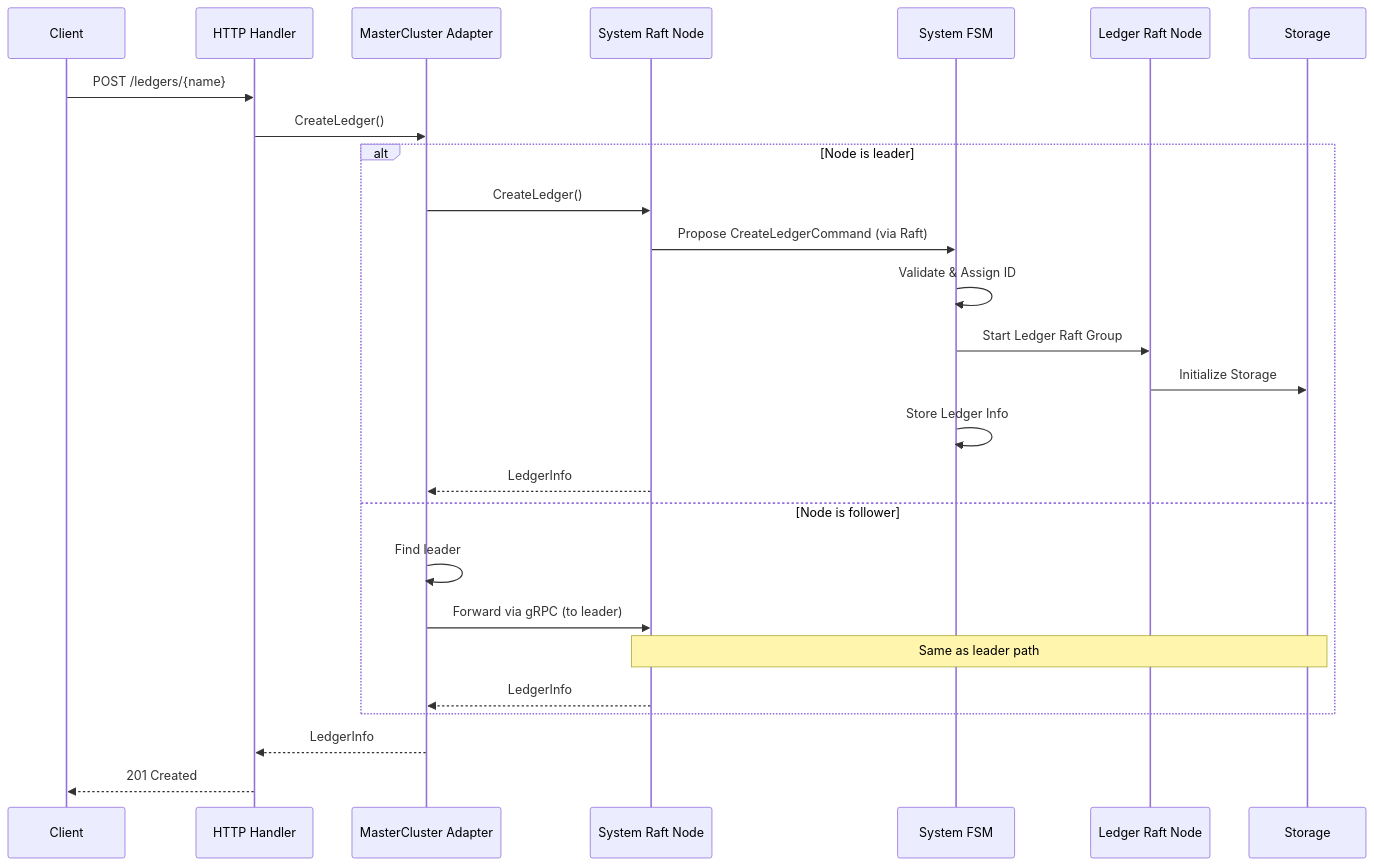
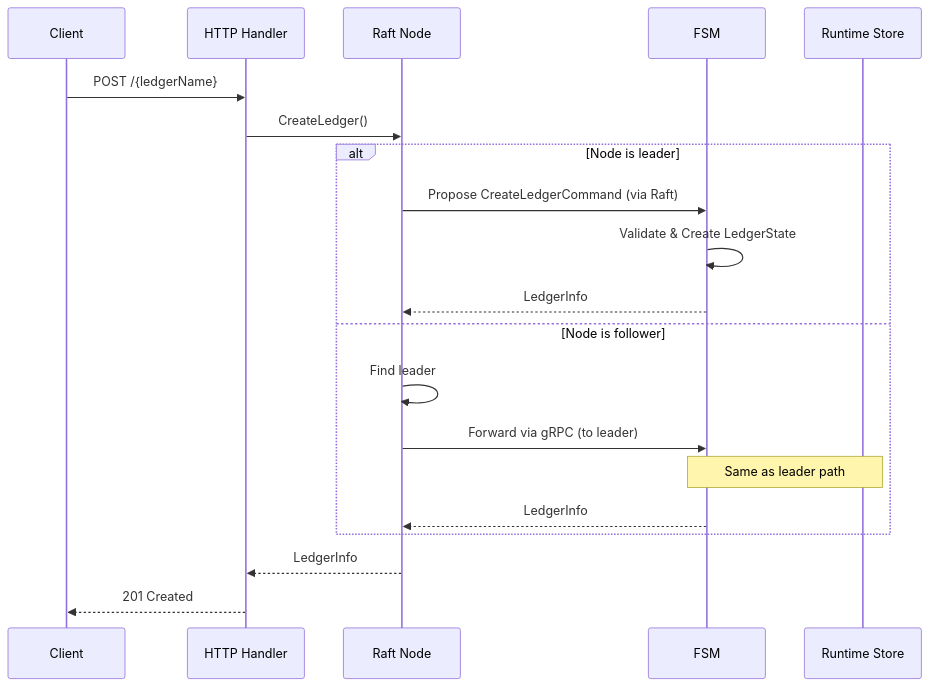
The fourth of 6 diagrams in docs/architecture.md (formancehq/ledger), drawn with Mermaid before and after one commit. The commit also changed other lines of this file and 41 other files, not shown here.

````diff
--- a/docs/architecture.md
+++ b/docs/architecture.md
@@ -183,31 +175,25 @@
 ```mermaid
 sequenceDiagram
     participant Client
     participant HTTP as HTTP Handler
-    participant MasterCluster as MasterCluster Adapter
-    participant SystemNode as System Raft Node
-    participant SystemFSM as System FSM
-    participant LedgerNode as Ledger Raft Node
-    participant Storage as Storage
+    participant RaftNode as Raft Node
+    participant FSM as FSM
+    participant Storage as Runtime Store
     
-    Client->>HTTP: POST /ledgers/{name}
-    HTTP->>MasterCluster: CreateLedger()
+    Client->>HTTP: POST /{ledgerName}
+    HTTP->>RaftNode: CreateLedger()
     
     alt Node is leader
-        MasterCluster->>SystemNode: CreateLedger()
-        SystemNode->>SystemFSM: Propose CreateLedgerCommand (via Raft)
-        SystemFSM->>SystemFSM: Validate & Assign ID
-        SystemFSM->>LedgerNode: Start Ledger Raft Group
-        LedgerNode->>Storage: Initialize Storage
-        SystemFSM->>SystemFSM: Store Ledger Info
-        SystemNode-->>MasterCluster: LedgerInfo
+        RaftNode->>FSM: Propose CreateLedgerCommand (via Raft)
+        FSM->>FSM: Validate & Create LedgerState
+        FSM-->>RaftNode: LedgerInfo
     else Node is follower
-        MasterCluster->>MasterCluster: Find leader
-        MasterCluster->>SystemNode: Forward via gRPC (to leader)
-        Note over SystemNode,Storage: Same as leader path
-        SystemNode-->>MasterCluster: LedgerInfo
+        RaftNode->>RaftNode: Find leader
+        RaftNode->>FSM: Forward via gRPC (to leader)
+        Note over FSM,Storage: Same as leader path
+        FSM-->>RaftNode: LedgerInfo
     end
     
-    MasterCluster-->>HTTP: LedgerInfo
+    RaftNode-->>HTTP: LedgerInfo
     HTTP-->>Client: 201 Created
 ```
````
